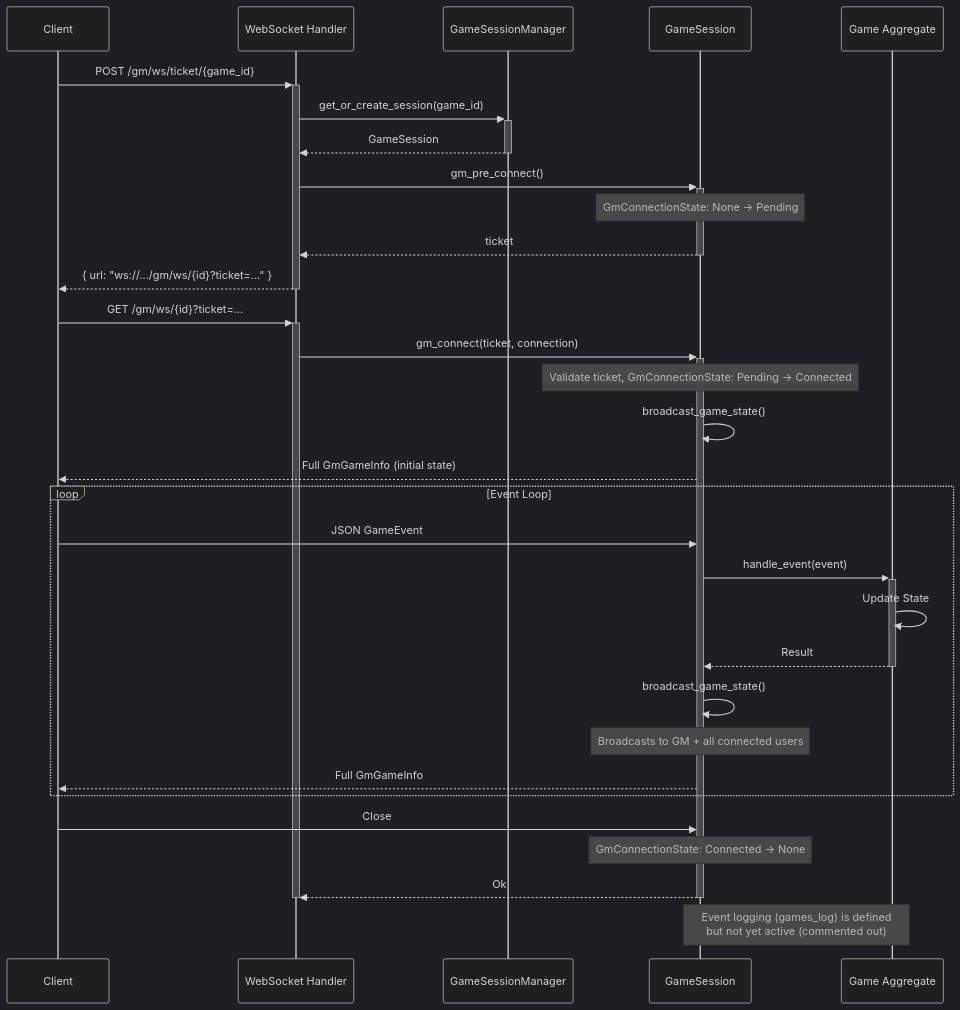
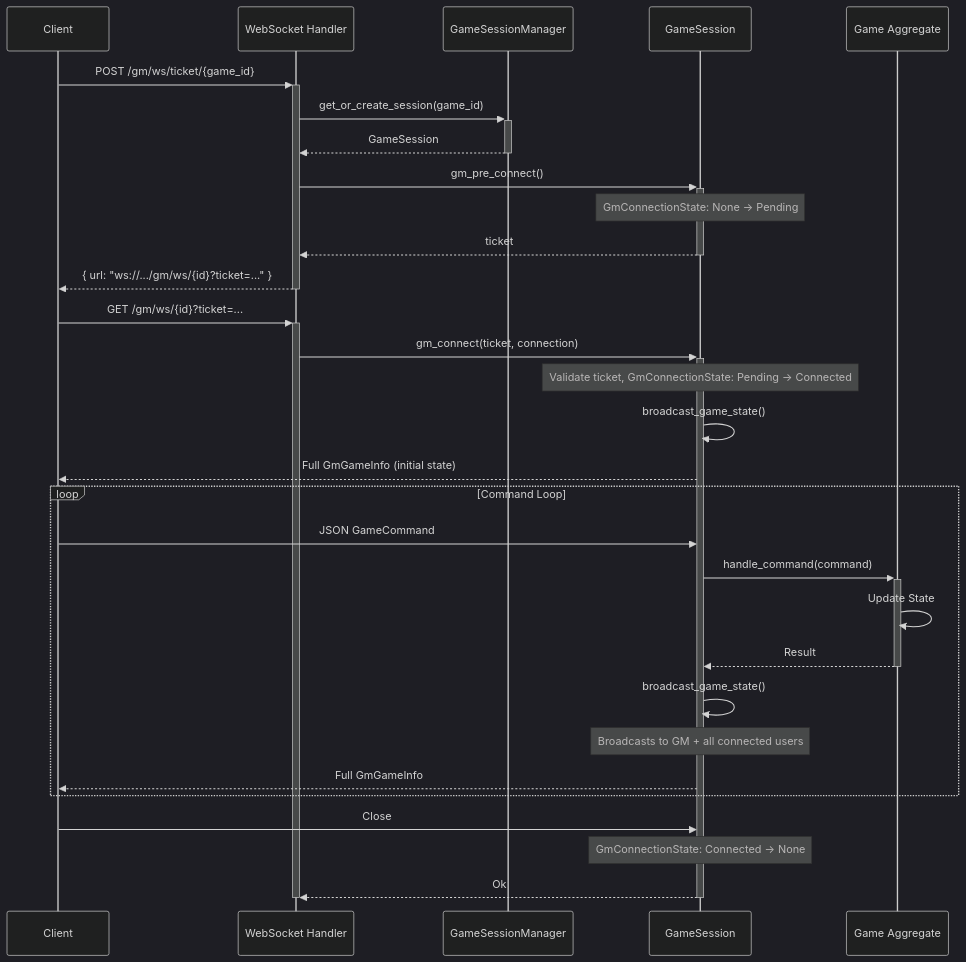
Diagram 12 of 14 in backend/ARCHITECTURE.md (jakob-rzeppa/turnkeeper), drawn with Mermaid (dark theme) before and after one commit. The commit also changed other lines of this file and 35 other files, not shown here.

Commit message:
rename event to command

````diff
--- a/backend/ARCHITECTURE.md
+++ b/backend/ARCHITECTURE.md
@@ -442,39 +442,37 @@
 ```mermaid
 sequenceDiagram
     participant Client
     participant WS as WebSocket Handler
     participant SessionMgr as GameSessionManager
     participant Session as GameSession
     participant Game as Game Aggregate
 
     Client->>+WS: POST /gm/ws/ticket/{game_id}
     WS->>+SessionMgr: get_or_create_session(game_id)
     SessionMgr-->>-WS: GameSession
     WS->>+Session: gm_pre_connect()
     note over Session: GmConnectionState: None → Pending
     Session-->>-WS: ticket
     WS-->>-Client: { url: "ws://.../gm/ws/{id}?ticket=..." }
 
     Client->>+WS: GET /gm/ws/{id}?ticket=...
     WS->>+Session: gm_connect(ticket, connection)
     note over Session: Validate ticket, GmConnectionState: Pending → Connected
     Session->>Session: broadcast_game_state()
     Session-->>Client: Full GmGameInfo (initial state)
 
-    loop Event Loop
-        Client->>Session: JSON GameEvent
-        Session->>+Game: handle_event(event)
+    loop Command Loop
+        Client->>Session: JSON GameCommand
+        Session->>+Game: handle_command(command)
         Game->>Game: Update State
         Game-->>-Session: Result
         Session->>Session: broadcast_game_state()
         note over Session: Broadcasts to GM + all connected users
         Session-->>Client: Full GmGameInfo
     end
 
     Client->>Session: Close
     note over Session: GmConnectionState: Connected → None
     Session-->>-WS: Ok
     deactivate WS
-
-    Note over Session,Game: Event logging (games_log) is defined<br/>but not yet active (commented out)
 ```
````
